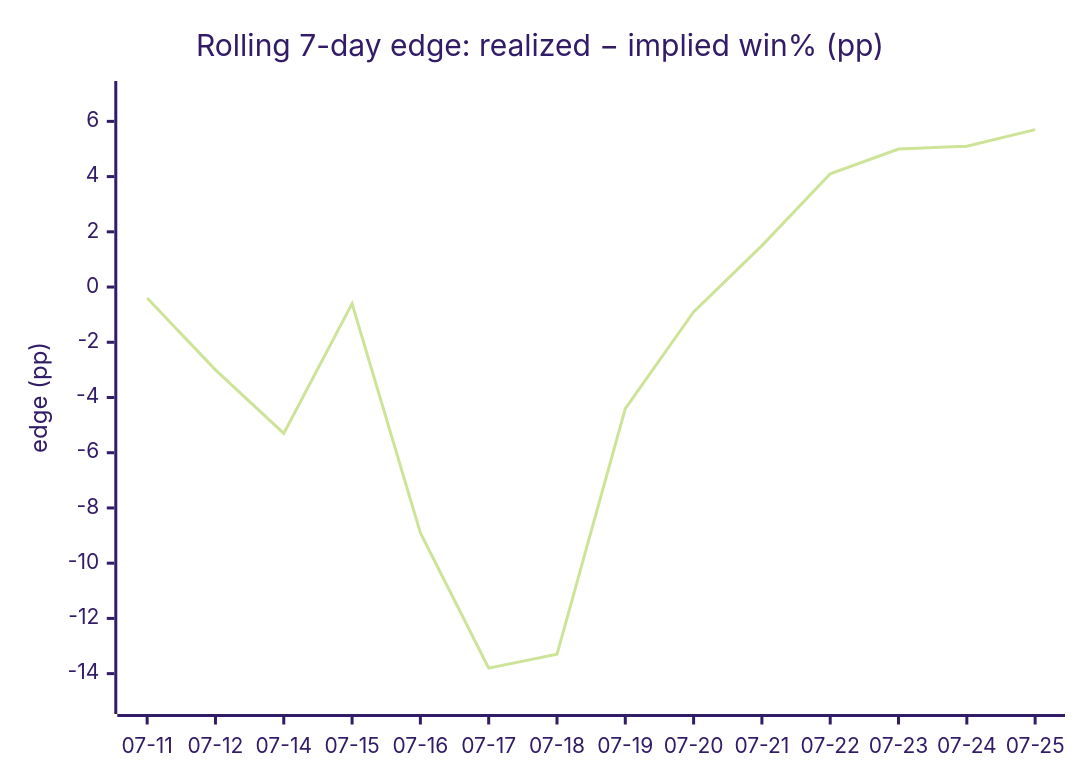
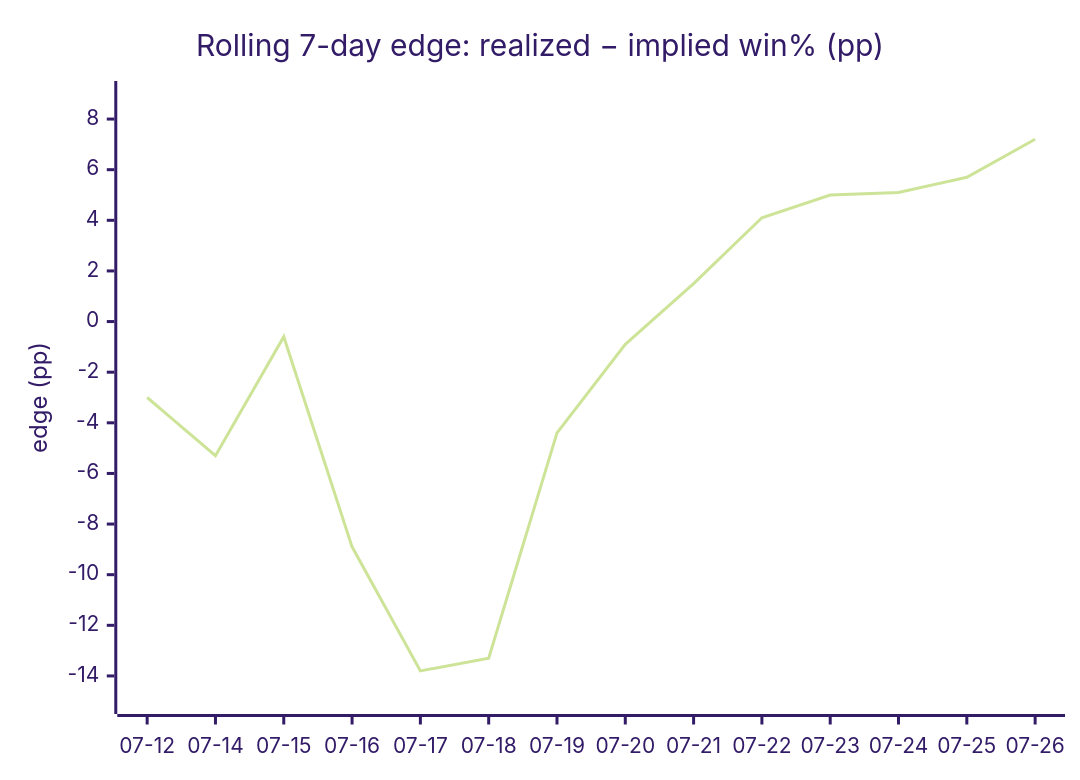
The fourth of 4 diagrams in DAILY_AGSU_REPORT.md (dpk1212/nhl-savant), drawn with Mermaid (forest theme) before and after one commit. The commit also changed other lines of this file, not shown here.

````diff
--- a/DAILY_AGSU_REPORT.md
+++ b/DAILY_AGSU_REPORT.md
@@ -723,7 +723,7 @@
 ```mermaid
 xychart-beta
     title "Rolling 7-day edge: realized − implied win% (pp)"
-    x-axis ["07-11", "07-12", "07-14", "07-15", "07-16", "07-17", "07-18", "07-19", "07-20", "07-21", "07-22", "07-23", "07-24", "07-25"]
-    y-axis "edge (pp)" -15 --> 7
-    line [-0.4, -3, -5.3, -0.6, -8.9, -13.8, -13.3, -4.4, -0.9, 1.5, 4.1, 5, 5.1, 5.7]
+    x-axis ["07-12", "07-14", "07-15", "07-16", "07-17", "07-18", "07-19", "07-20", "07-21", "07-22", "07-23", "07-24", "07-25", "07-26"]
+    y-axis "edge (pp)" -15 --> 9
+    line [-3, -5.3, -0.6, -8.9, -13.8, -13.3, -4.4, -0.9, 1.5, 4.1, 5, 5.1, 5.7, 7.2]
 ```
````
